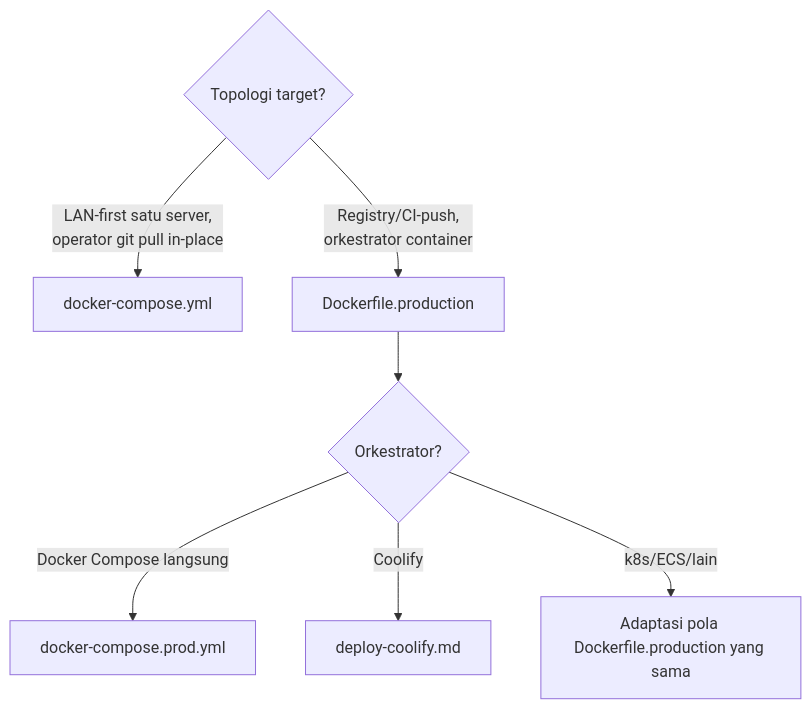
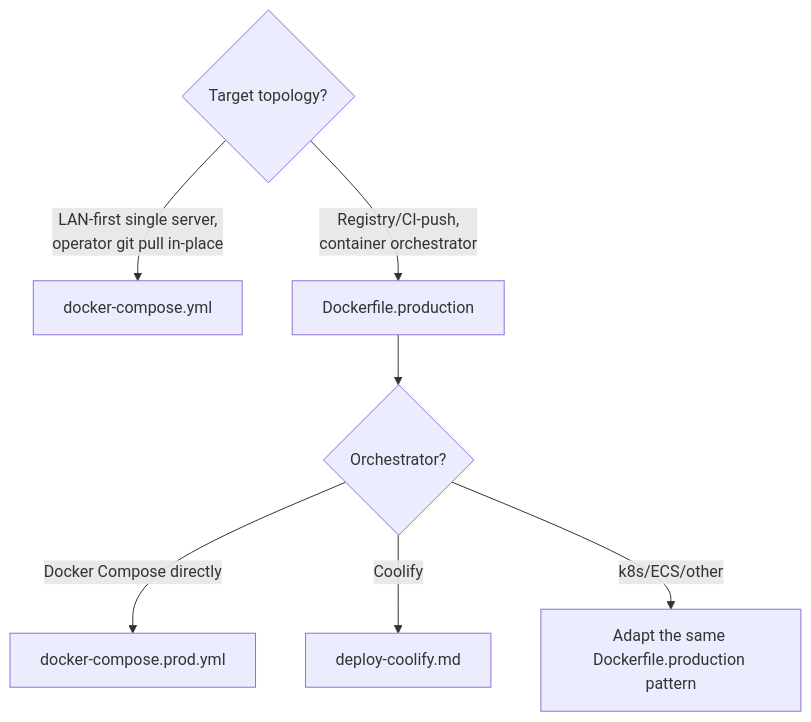
One commit to ahliweb/awcms changed the diagram in .claude/skills/awcms-deploy/SKILL.md. Above: the diagram before and after it, drawn with Mermaid. The commit also changed other lines of this file and 603 other files, not shown here.

First line of the commit message:
Production defects found by running it, and the first 56 documents in English (ADR-0097) (#573)

````diff
--- a/.claude/skills/awcms-deploy/SKILL.md
+++ b/.claude/skills/awcms-deploy/SKILL.md
@@ -24,9 +26,9 @@
 ```mermaid
 flowchart TD
-  A{Topologi target?} -->|LAN-first satu server,\noperator git pull in-place| B[docker-compose.yml]
-  A -->|Registry/CI-push,\norkestrator container| C[Dockerfile.production]
-  C --> D{Orkestrator?}
-  D -->|Docker Compose langsung| G[docker-compose.prod.yml]
+  A{Target topology?} -->|LAN-first single server,\noperator git pull in-place| B[docker-compose.yml]
+  A -->|Registry/CI-push,\ncontainer orchestrator| C[Dockerfile.production]
+  C --> D{Orchestrator?}
+  D -->|Docker Compose directly| G[docker-compose.prod.yml]
   D -->|Coolify| E[deploy-coolify.md]
-  D -->|k8s/ECS/lain| F[Adaptasi pola Dockerfile.production yang sama]
+  D -->|k8s/ECS/other| F[Adapt the same Dockerfile.production pattern]
 ```
````
